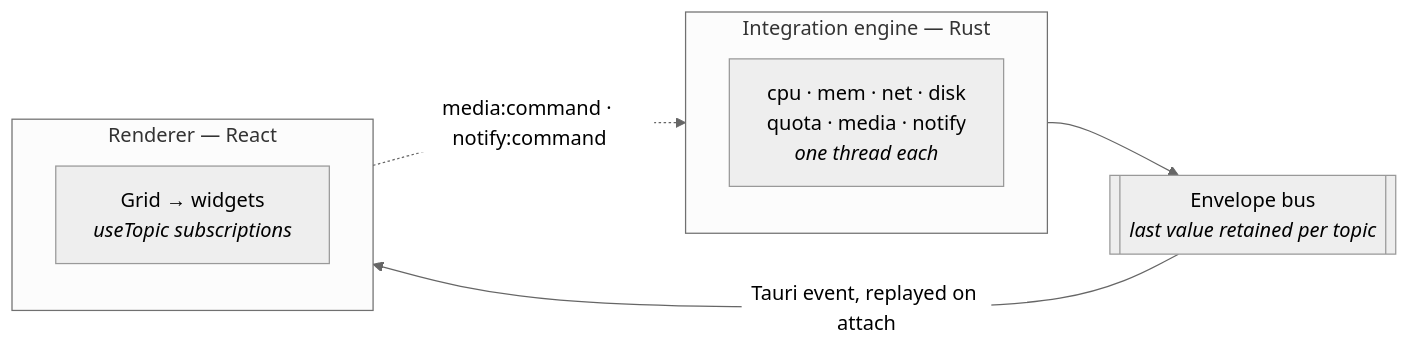
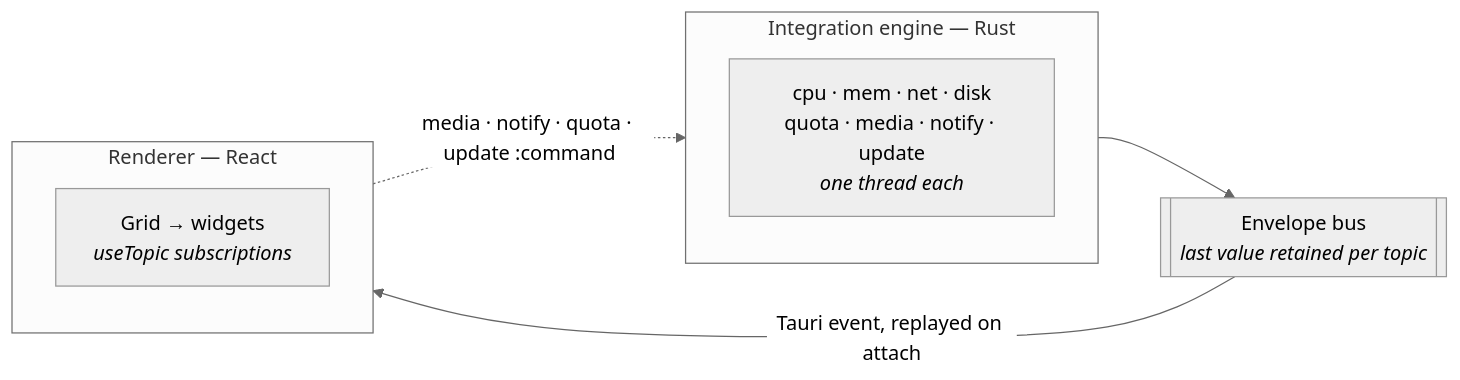
One commit to Purukitto/kehai changed the diagram in README.md. Above: the diagram before and after it, drawn with Mermaid (neutral theme). The commit also changed other lines of this file and 21 other files, not shown here.

````diff
--- a/README.md
+++ b/README.md
@@ -187,18 +204,18 @@
 ```mermaid
 flowchart LR
     subgraph engine["Integration engine — Rust"]
         direction TB
-        P["cpu · mem · net · disk<br/>quota · media · notify<br/><i>one thread each</i>"]
+        P["cpu · mem · net · disk<br/>quota · media · notify · update<br/><i>one thread each</i>"]
     end
 
     BUS[["Envelope bus<br/><i>last value retained per topic</i>"]]
 
     subgraph renderer["Renderer — React"]
         direction TB
         W["Grid → widgets<br/><i>useTopic subscriptions</i>"]
     end
 
     P --> BUS
     BUS -- "Tauri event, replayed on attach" --> W
-    W -. "media:command · notify:command" .-> P
+    W -. "media · notify · quota · update :command" .-> P
 ```
````
